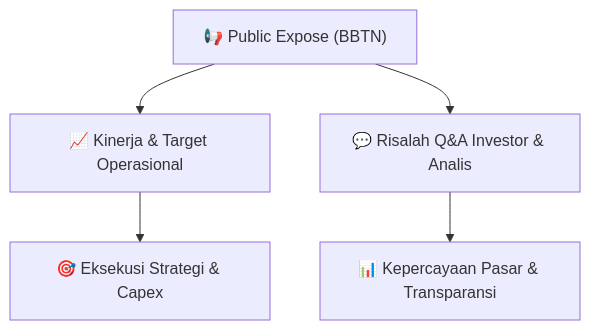
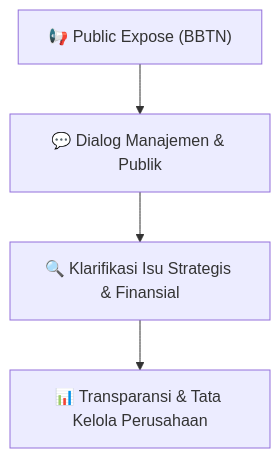
Before and after one commit to anYoneo/alphadigest-idx: the diagram in reports/summaries/public-exposes/hasil-pubex/BBTN_Public_Expose_20260915.md, drawn with Mermaid. The commit also changed other lines of this file and 526 other files, not shown here.

````diff
--- a/reports/summaries/public-exposes/hasil-pubex/BBTN_Public_Expose_20260915.md
+++ b/reports/summaries/public-exposes/hasil-pubex/BBTN_Public_Expose_20260915.md
@@ -15,7 +30,6 @@
 ```mermaid
 flowchart TD
-    A["📢 Public Expose (BBTN)"] --> B["📈 Kinerja & Target Operasional"]
-    A --> C["💬 Risalah Q&A Investor & Analis"]
-    B --> D["🎯 Eksekusi Strategi & Capex"]
-    C --> E["📊 Kepercayaan Pasar & Transparansi"]
+    A["📢 Public Expose (BBTN)"] --> B["💬 Dialog Manajemen & Publik"]
+    B --> C["🔍 Klarifikasi Isu Strategis & Finansial"]
+    C --> D["📊 Transparansi & Tata Kelola Perusahaan"]
 ```
````
